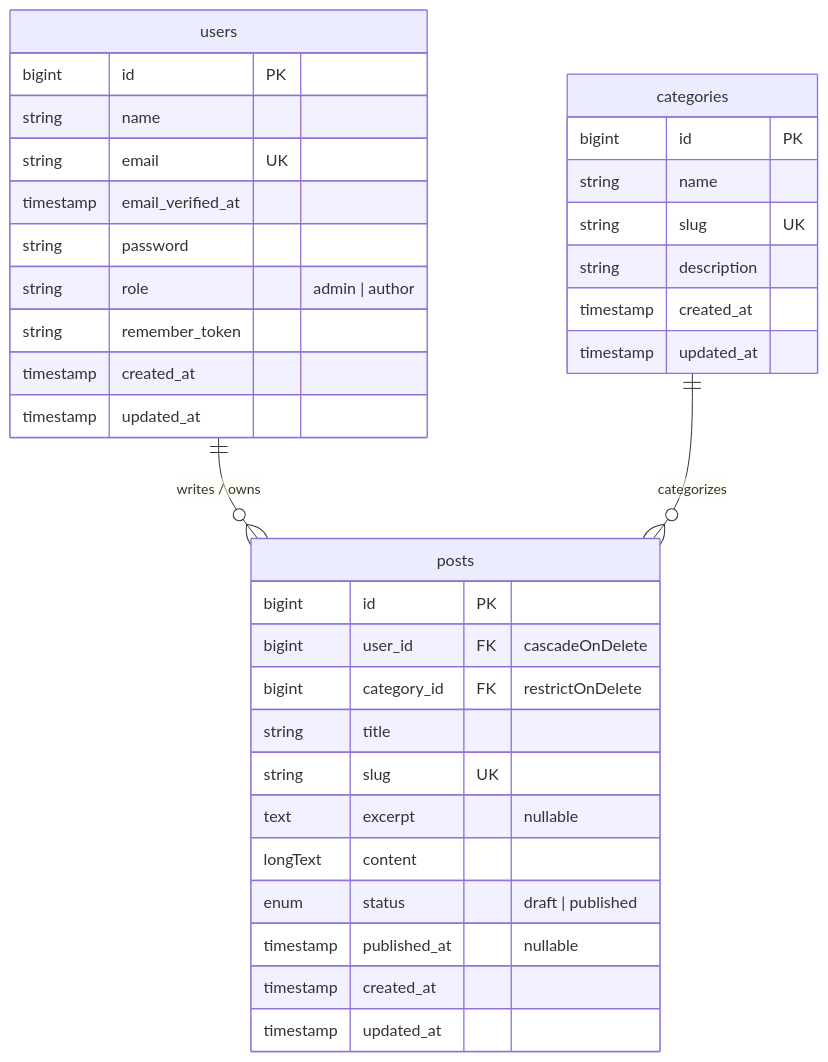
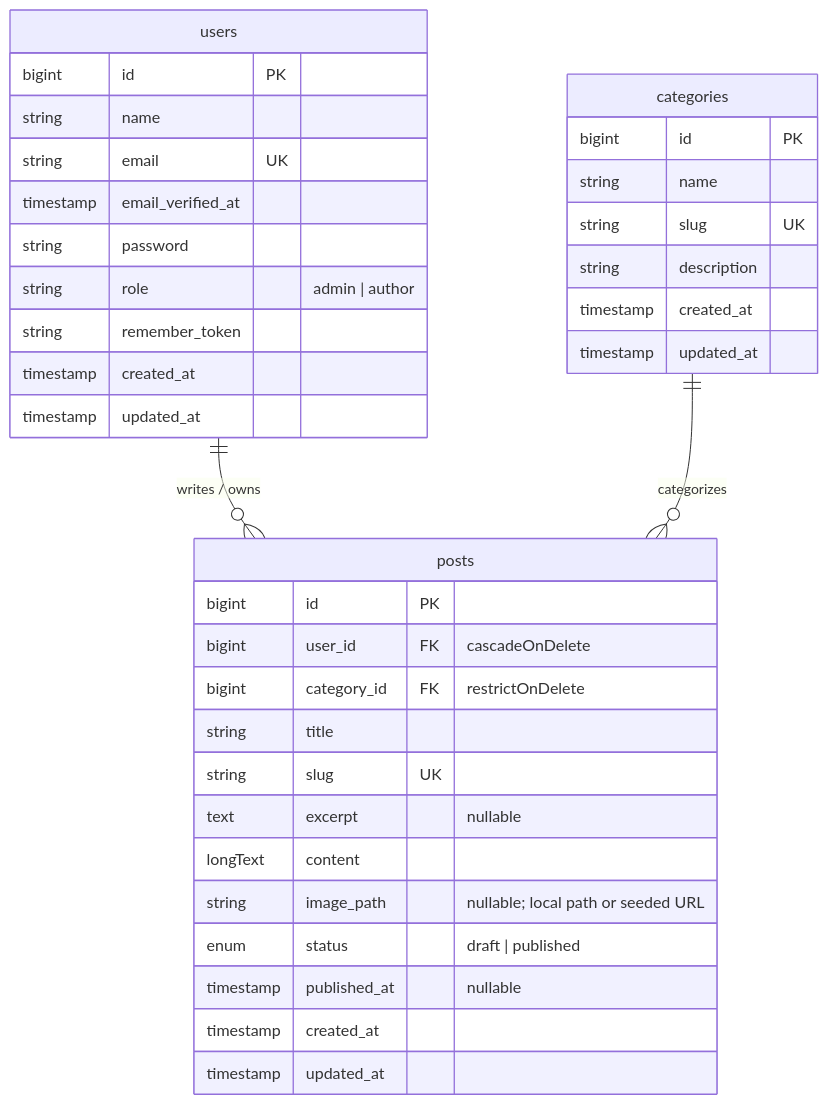
The diagram in README.md (fthliqml/mini-cms), drawn with Mermaid before and after one commit. The commit also changed other lines of this file and 2 other files, not shown here.

````diff
--- a/README.md
+++ b/README.md
@@ -116,40 +156,41 @@
 ```mermaid
 erDiagram
     users ||--o{ posts : "writes / owns"
     categories ||--o{ posts : "categorizes"
 
     users {
         bigint id PK
         string name
         string email UK
         timestamp email_verified_at
         string password
         string role "admin | author"
         string remember_token
         timestamp created_at
         timestamp updated_at
     }
 
     categories {
         bigint id PK
         string name
         string slug UK
         string description
         timestamp created_at
         timestamp updated_at
     }
 
     posts {
         bigint id PK
         bigint user_id FK "cascadeOnDelete"
         bigint category_id FK "restrictOnDelete"
         string title
         string slug UK
         text excerpt "nullable"
         longText content
+        string image_path "nullable; local path or seeded URL"
         enum status "draft | published"
         timestamp published_at "nullable"
         timestamp created_at
         timestamp updated_at
     }
 ```
````
